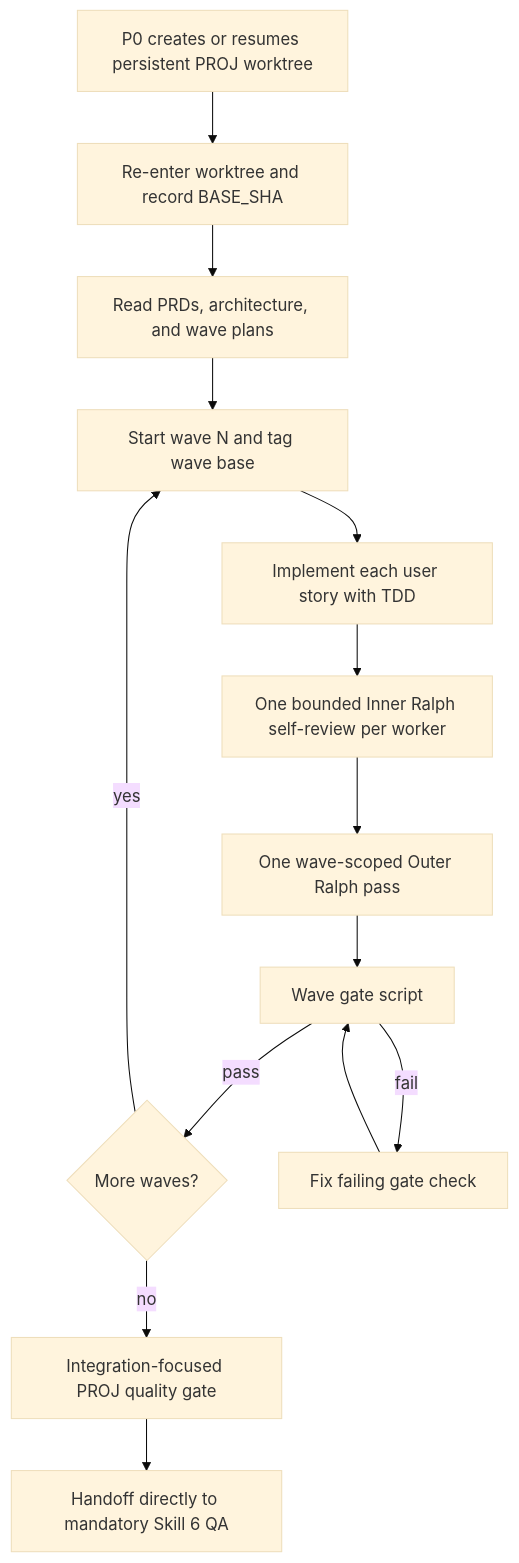
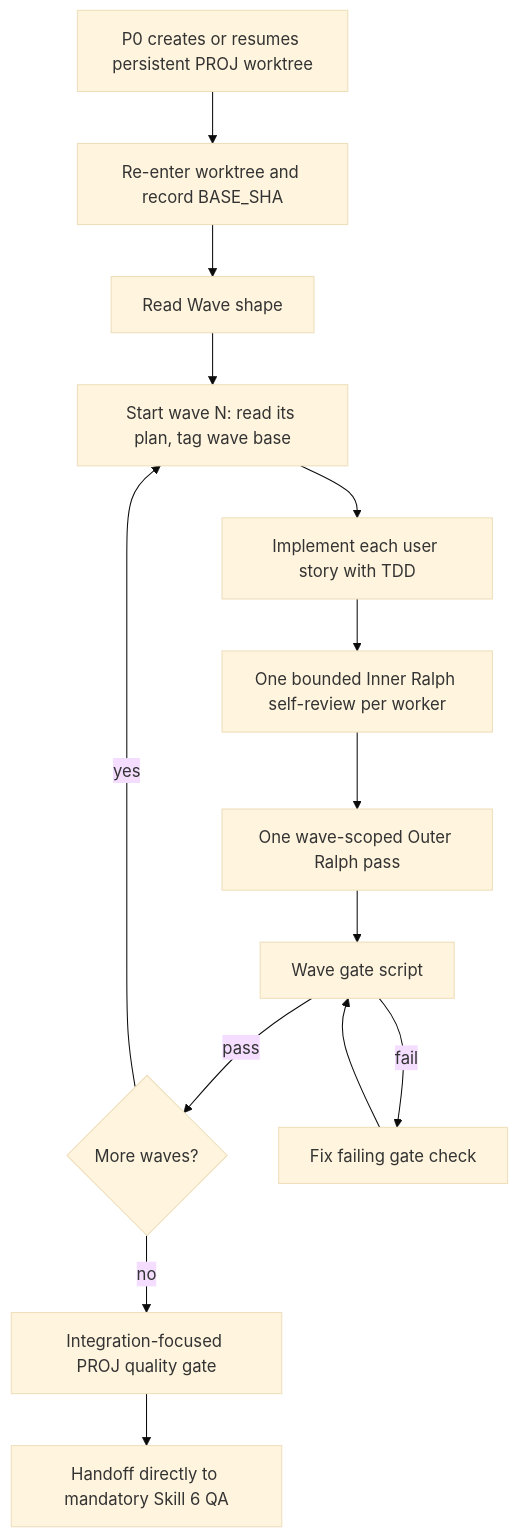
One commit to silviobeer/agentic-development-skill-chain changed the second of 3 diagrams in docs/executing-skill.md. Above: the diagram before and after it, drawn with Mermaid (base theme). The commit also changed other lines of this file and 15 other files, not shown here.

First line of the commit message:
feat(executing): slice wave plans per story and read plans lazily

````diff
--- a/docs/executing-skill.md
+++ b/docs/executing-skill.md
@@ -35,16 +36,16 @@
 ```mermaid
 flowchart TD
   A[P0 creates or resumes persistent PROJ worktree] --> B[Re-enter worktree and record BASE_SHA]
-  B --> C[Read PRDs, architecture, and wave plans]
-  C --> D[Start wave N and tag wave base]
+  B --> C[Read Wave shape]
+  C --> D[Start wave N: read its plan, tag wave base]
   D --> E[Implement each user story with TDD]
   E --> F[One bounded Inner Ralph self-review per worker]
   F --> G[One wave-scoped Outer Ralph pass]
   G --> H[Wave gate script]
   H -->|pass| I{More waves?}
   H -->|fail| J[Fix failing gate check]
   J --> H
   I -->|yes| D
   I -->|no| K[Integration-focused PROJ quality gate]
   K --> M[Handoff directly to mandatory Skill 6 QA]
 ```
````
